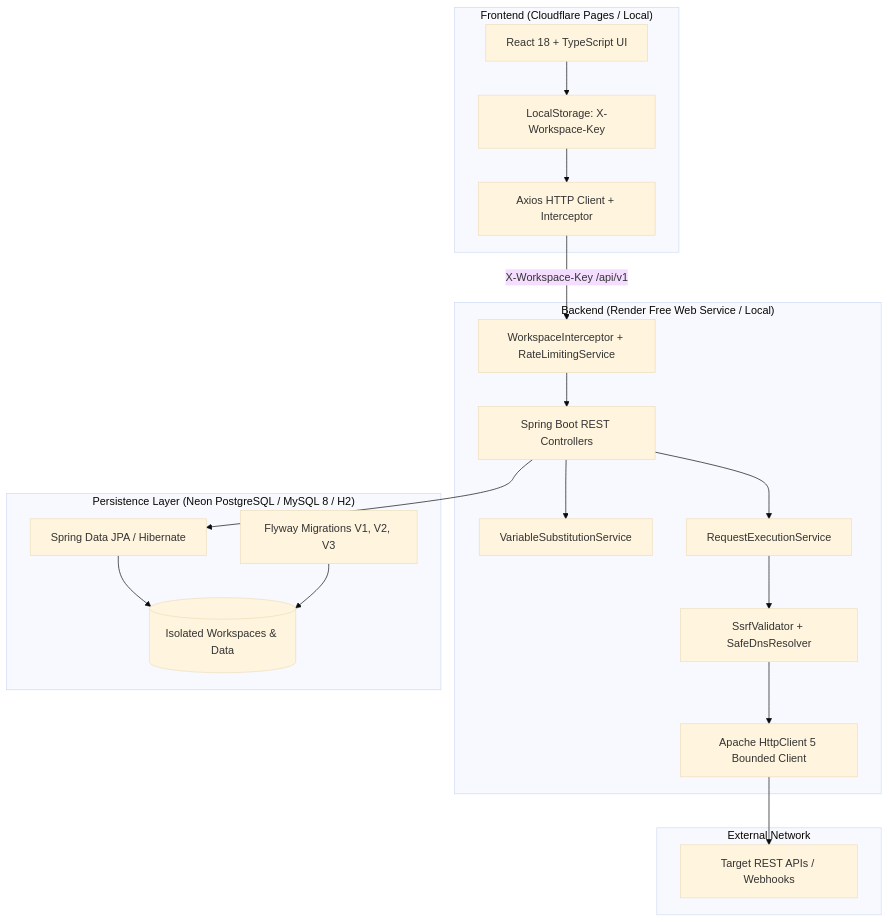
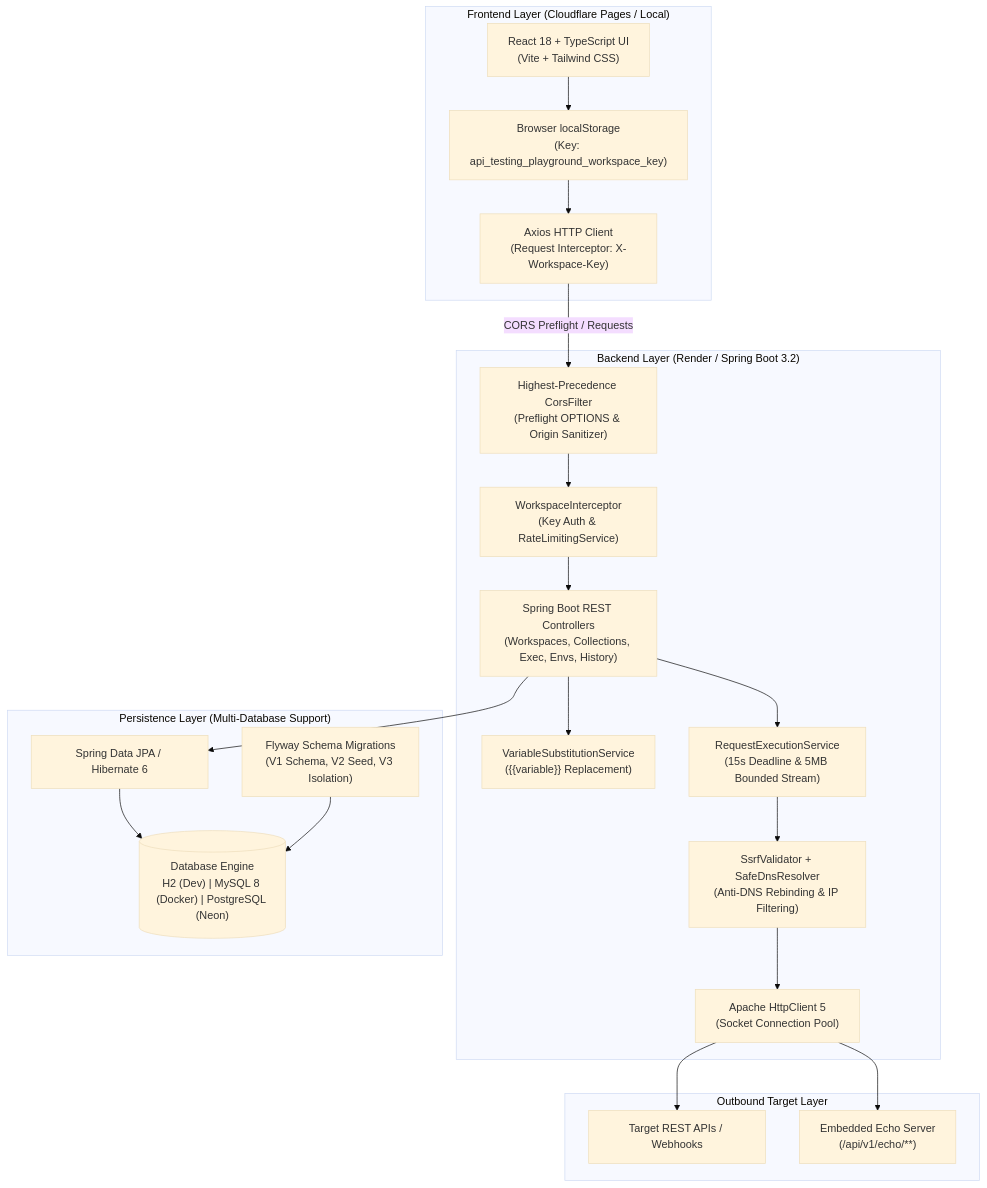
The diagram in README.md (mdsaifswe/api-testing-playground), drawn with Mermaid (base theme) before and after one commit. The commit also changed other lines of this file, not shown here.

````diff
--- a/README.md
+++ b/README.md
@@ -9,40 +75,44 @@
 ```mermaid
 flowchart TD
-    subgraph Client["Frontend (Cloudflare Pages / Local)"]
-        UI[React 18 + TypeScript UI]
-        Storage[LocalStorage: X-Workspace-Key]
-        Axios[Axios HTTP Client + Interceptor]
+    subgraph Client["Frontend Layer (Cloudflare Pages / Local)"]
+        UI["React 18 + TypeScript UI\n(Vite + Tailwind CSS)"]
+        Storage["Browser localStorage\n(Key: api_testing_playground_workspace_key)"]
+        Axios["Axios HTTP Client\n(Request Interceptor: X-Workspace-Key)"]
         UI --> Storage
         Storage --> Axios
     end
 
-    subgraph Backend["Backend (Render Free Web Service / Local)"]
-        Filter[WorkspaceInterceptor + RateLimitingService]
-        Controller[Spring Boot REST Controllers]
-        Subst[VariableSubstitutionService]
-        Exec[RequestExecutionService]
-        SSRF[SsrfValidator + SafeDnsResolver]
-        HttpClient[Apache HttpClient 5 Bounded Client]
+    subgraph Backend["Backend Layer (Render / Spring Boot 3.2)"]
+        CorsFilter["Highest-Precedence CorsFilter\n(Preflight OPTIONS & Origin Sanitizer)"]
+        Interceptor["WorkspaceInterceptor\n(Key Auth & RateLimitingService)"]
+        Controllers["Spring Boot REST Controllers\n(Workspaces, Collections, Exec, Envs, History)"]
+        Subst["VariableSubstitutionService\n({{variable}} Replacement)"]
+        ExecService["RequestExecutionService\n(15s Deadline & 5MB Bounded Stream)"]
+        SSRF["SsrfValidator + SafeDnsResolver\n(Anti-DNS Rebinding & IP Filtering)"]
+        HttpClient["Apache HttpClient 5\n(Socket Connection Pool)"]
 
-        Axios -->|X-Workspace-Key /api/v1| Filter
-        Filter --> Controller
-        Controller --> Subst
-        Controller --> Exec
-        Exec --> SSRF
+        Axios -->|CORS Preflight / Requests| CorsFilter
+        CorsFilter --> Interceptor
+        Interceptor --> Controllers
+        Controllers --> Subst
+        Controllers --> ExecService
+        ExecService --> SSRF
         SSRF --> HttpClient
     end
 
-    subgraph External["External Network"]
-        TargetAPI[Target REST APIs / Webhooks]
+    subgraph External["Outbound Target Layer"]
+        TargetAPI["Target REST APIs / Webhooks"]
+        EchoServer["Embedded Echo Server\n(/api/v1/echo/**)"]
         HttpClient --> TargetAPI
+        HttpClient --> EchoServer
     end
 
-    subgraph Database["Persistence Layer (Neon PostgreSQL / MySQL 8 / H2)"]
-        JPA[Spring Data JPA / Hibernate]
-        Flyway[Flyway Migrations V1, V2, V3]
-        DB[(Isolated Workspaces & Data)]
-        Controller --> JPA
+    subgraph Database["Persistence Layer (Multi-Database Support)"]
+        JPA["Spring Data JPA / Hibernate 6"]
+        Flyway["Flyway Schema Migrations\n(V1 Schema, V2 Seed, V3 Isolation)"]
+        DB[("Database Engine\nH2 (Dev) | MySQL 8 (Docker) | PostgreSQL (Neon)")]
+        Controllers --> JPA
         JPA --> DB
         Flyway --> DB
     end
 ```
````
